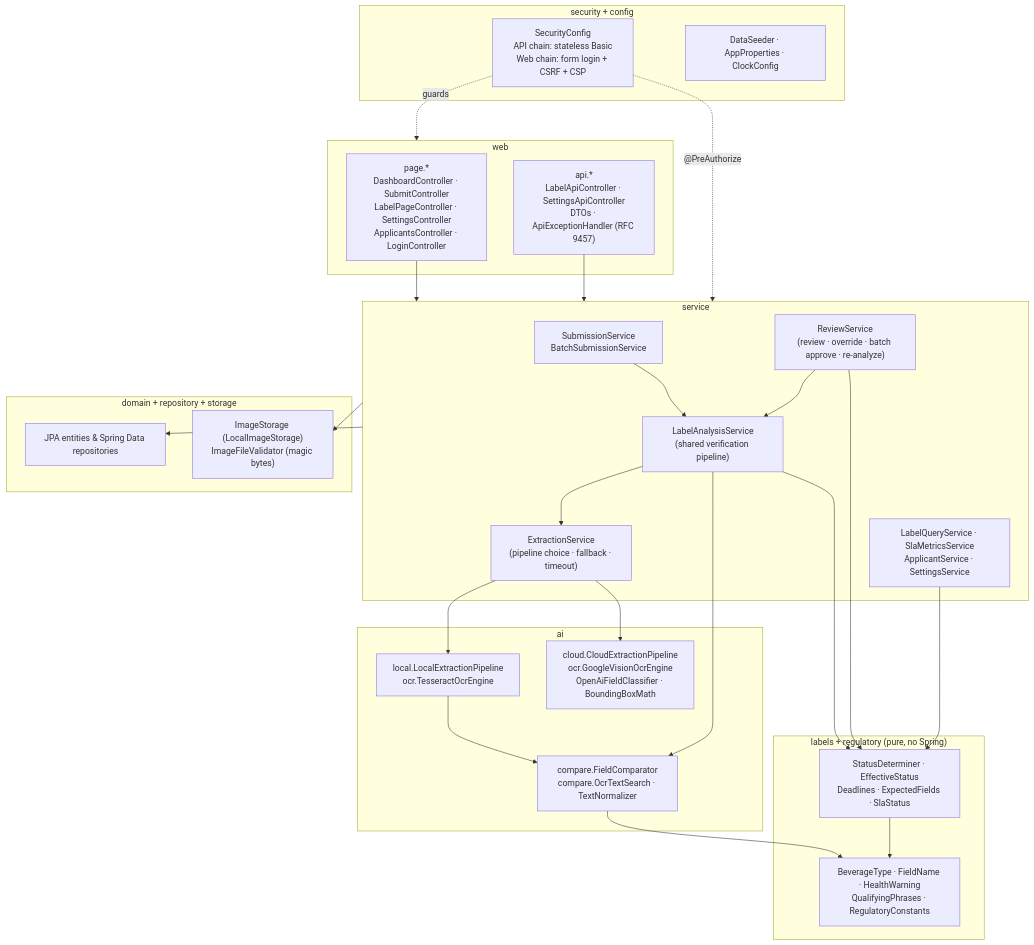
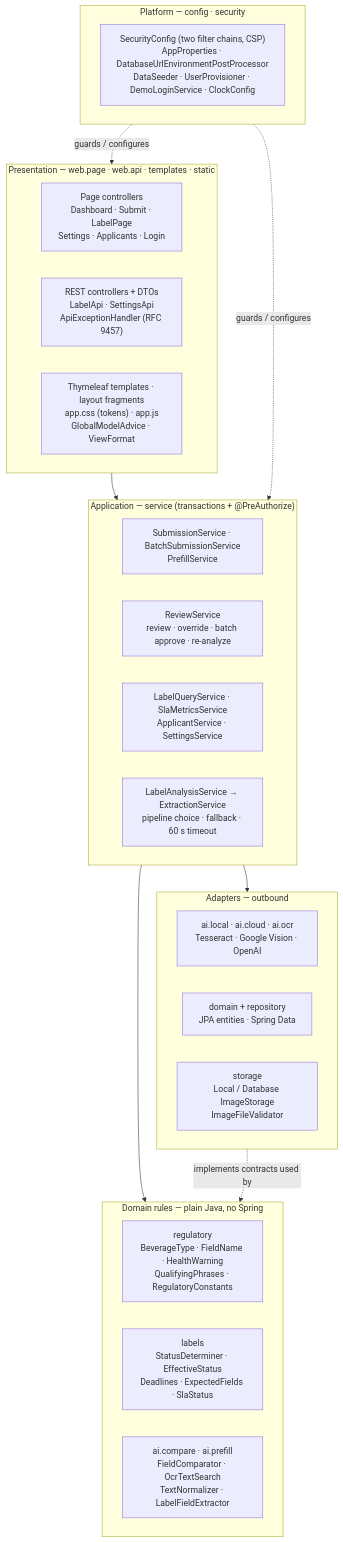
One commit to SarvariVin/ttb-label-verification changed the third of 9 diagrams in docs/architecture.md. Above: the diagram before and after it, drawn with Mermaid. The commit also changed other lines of this file and 251 other files, not shown here.

````diff
--- a/docs/architecture.md
+++ b/docs/architecture.md
@@ -63,55 +109,38 @@
 ```mermaid
 flowchart TB
-    subgraph web["web"]
-        pages["page.*<br/>DashboardController · SubmitController<br/>LabelPageController · SettingsController<br/>ApplicantsController · LoginController"]
-        api["api.*<br/>LabelApiController · SettingsApiController<br/>DTOs · ApiExceptionHandler (RFC 9457)"]
+    subgraph L1["Presentation — web.page · web.api · templates · static"]
+        pages["Page controllers<br/>Dashboard · Submit · LabelPage<br/>Settings · Applicants · Login"]
+        rest["REST controllers + DTOs<br/>LabelApi · SettingsApi<br/>ApiExceptionHandler (RFC 9457)"]
+        view["Thymeleaf templates · layout fragments<br/>app.css (tokens) · app.js<br/>GlobalModelAdvice · ViewFormat"]
     end
 
-    subgraph security["security + config"]
-        sec["SecurityConfig<br/>API chain: stateless Basic<br/>Web chain: form login + CSRF + CSP"]
-        seed["DataSeeder · AppProperties · ClockConfig"]
+    subgraph L2["Application — service (transactions + @PreAuthorize)"]
+        intake["SubmissionService · BatchSubmissionService<br/>PrefillService"]
+        decide["ReviewService<br/>review · override · batch approve · re-analyze"]
+        read["LabelQueryService · SlaMetricsService<br/>ApplicantService · SettingsService"]
+        analyze["LabelAnalysisService → ExtractionService<br/>pipeline choice · fallback · 60 s timeout"]
     end
 
-    subgraph service["service"]
-        sub["SubmissionService<br/>BatchSubmissionService"]
-        rev["ReviewService<br/>(review · override · batch approve · re-analyze)"]
-        qry["LabelQueryService · SlaMetricsService<br/>ApplicantService · SettingsService"]
-        ana["LabelAnalysisService<br/>(shared verification pipeline)"]
-        ext["ExtractionService<br/>(pipeline choice · fallback · timeout)"]
+    subgraph L3["Domain rules — plain Java, no Spring"]
+        regs["regulatory<br/>BeverageType · FieldName · HealthWarning<br/>QualifyingPhrases · RegulatoryConstants"]
+        verdict["labels<br/>StatusDeterminer · EffectiveStatus<br/>Deadlines · ExpectedFields · SlaStatus"]
+        compare["ai.compare · ai.prefill<br/>FieldComparator · OcrTextSearch<br/>TextNormalizer · LabelFieldExtractor"]
     end
 
-    subgraph ai["ai"]
-        local["local.LocalExtractionPipeline<br/>ocr.TesseractOcrEngine"]
-        cloud["cloud.CloudExtractionPipeline<br/>ocr.GoogleVisionOcrEngine<br/>OpenAiFieldClassifier · BoundingBoxMath"]
-        cmp["compare.FieldComparator<br/>compare.OcrTextSearch · TextNormalizer"]
+    subgraph L4["Adapters — outbound"]
+        ocr["ai.local · ai.cloud · ai.ocr<br/>Tesseract · Google Vision · OpenAI"]
+        persist["domain + repository<br/>JPA entities · Spring Data"]
+        files["storage<br/>Local / Database ImageStorage<br/>ImageFileValidator"]
     end
 
-    subgraph rules["labels + regulatory (pure, no Spring)"]
-        lbl["StatusDeterminer · EffectiveStatus<br/>Deadlines · ExpectedFields · SlaStatus"]
-        reg["BeverageType · FieldName · HealthWarning<br/>QualifyingPhrases · RegulatoryConstants"]
+    subgraph X["Platform — config · security"]
+        plat["SecurityConfig (two filter chains, CSP)<br/>AppProperties · DatabaseUrlEnvironmentPostProcessor<br/>DataSeeder · UserProvisioner · DemoLoginService · ClockConfig"]
     end
 
-    subgraph data["domain + repository + storage"]
-        repo["JPA entities & Spring Data repositories"]
-        store["ImageStorage (LocalImageStorage)<br/>ImageFileValidator (magic bytes)"]
-    end
-
-    pages --> service
-    api --> service
-    sec -. guards .-> web
-    sec -. "@PreAuthorize" .-> service
-    sub --> ana
-    rev --> ana
-    ana --> ext
-    ext --> local
-    ext --> cloud
-    local --> cmp
-    ana --> cmp
-    ana --> lbl
-    rev --> lbl
-    qry --> lbl
-    cmp --> reg
-    lbl --> reg
-    service --> repo
-    service --> store
+    L1 --> L2
+    L2 --> L3
+    L2 --> L4
+    L4 -. "implements contracts used by" .-> L3
+    X -. "guards / configures" .-> L1
+    X -. "guards / configures" .-> L2
 ```
````
